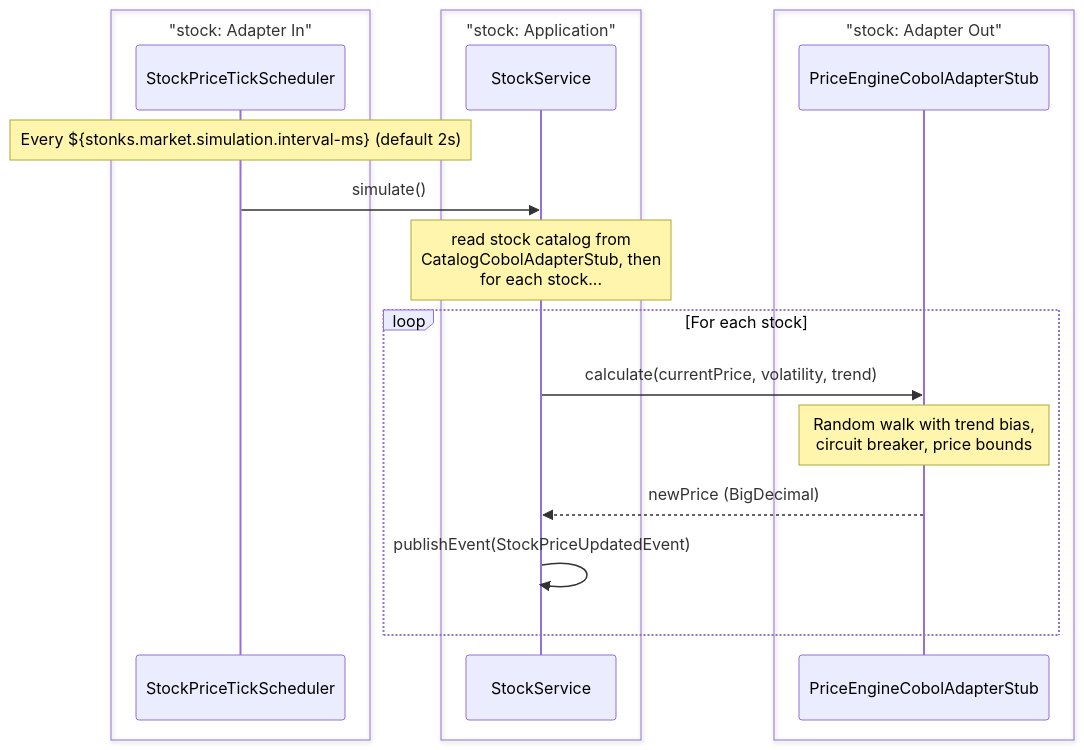
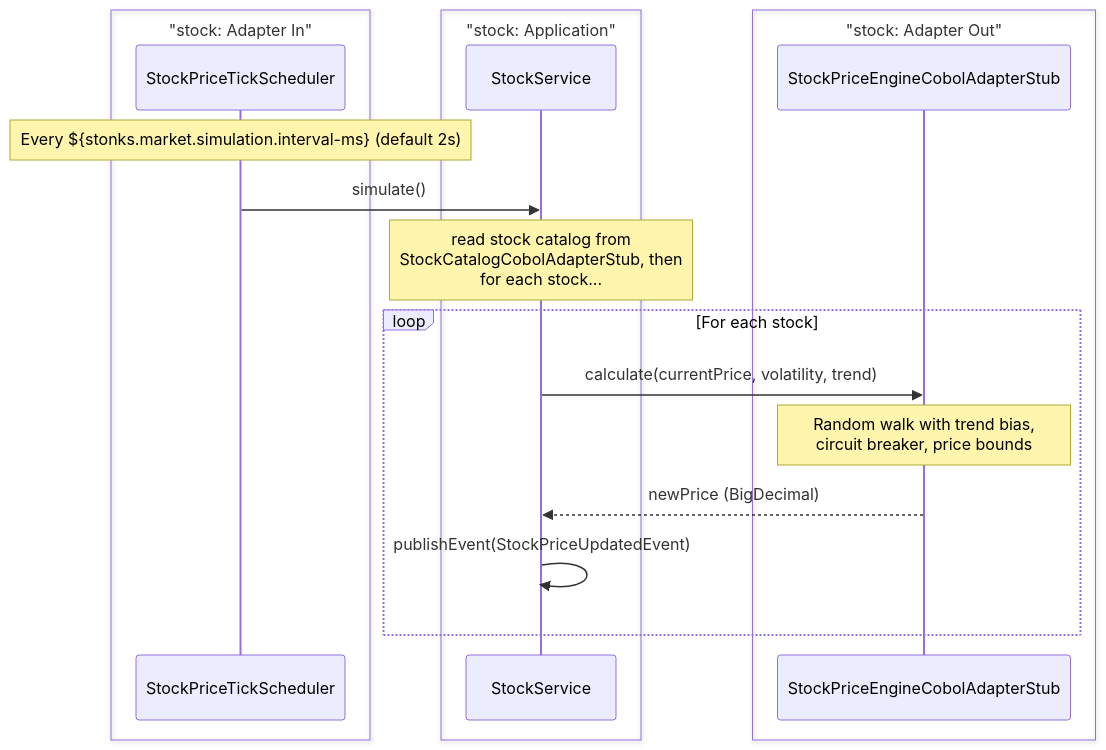
The seventh of 11 diagrams in stonks_java/README.md (franBec/stonks-simulator), drawn with Mermaid before and after one commit. The commit also changed other lines of this file, not shown here.

First line of the commit message:
Update README module architecture diagram and end-to-end flow documentation

````diff
--- a/stonks_java/README.md
+++ b/stonks_java/README.md
@@ -271,22 +312,22 @@
 ```mermaid
 sequenceDiagram
     box "stock: Adapter In"
     participant Sched as StockPriceTickScheduler
     end
     box "stock: Application"
     participant SS as StockService
     end
     box "stock: Adapter Out"
-    participant PES as PriceEngineCobolAdapterStub
+    participant PES as StockPriceEngineCobolAdapterStub
     end
 
     Note over Sched: Every ${stonks.market.simulation.interval-ms} (default 2s)
     Sched->>SS: simulate()
-    Note over SS: read stock catalog from<br/>CatalogCobolAdapterStub, then<br/>for each stock...
+    Note over SS: read stock catalog from<br/>StockCatalogCobolAdapterStub, then<br/>for each stock...
     loop For each stock
         SS->>PES: calculate(currentPrice, volatility, trend)
         Note over PES: Random walk with trend bias,<br/>circuit breaker, price bounds
         PES-->>SS: newPrice (BigDecimal)
         SS->>SS: publishEvent(StockPriceUpdatedEvent)
     end
 ```
````
